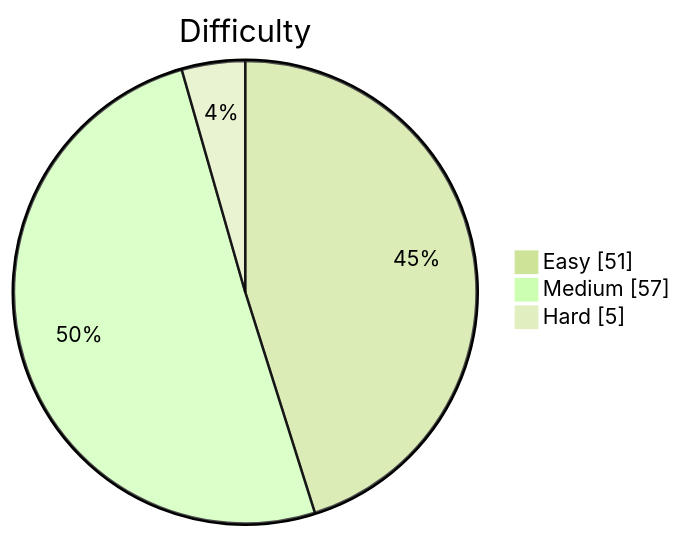
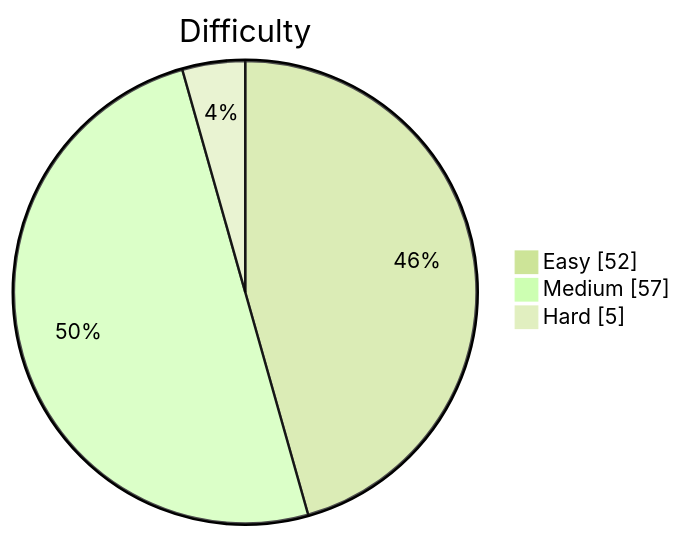
One commit to kevstevie/python-algo-practice changed the diagram in README.md. Above: the diagram before and after it, drawn with Mermaid (forest theme). The commit also changed other lines of this file, not shown here.

````diff
--- a/README.md
+++ b/README.md
@@ -13,7 +13,7 @@
 ```mermaid
 pie showData
     title Difficulty
-    "Easy"   : 51
+    "Easy"   : 52
     "Medium" : 57
     "Hard"   : 5
 ```
````
